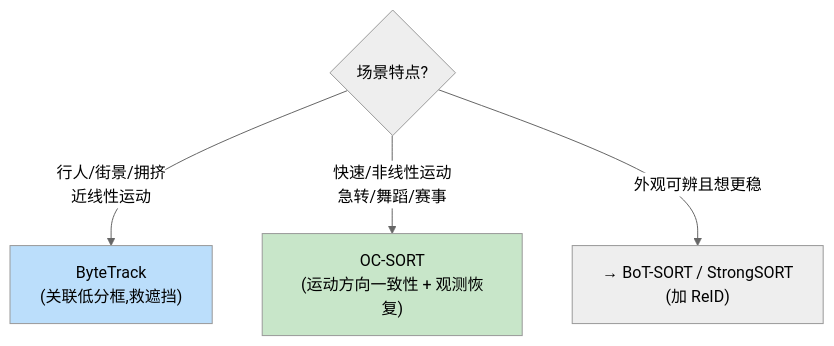
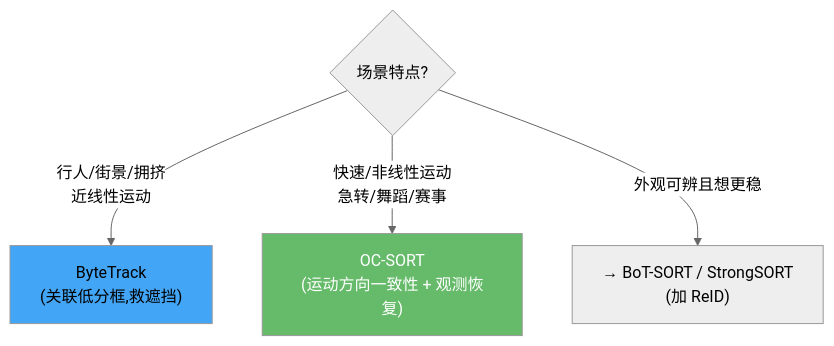
The fourth of 4 diagrams in docs/guides/tracking/ocsort.md (yyq19990828/onnxtools), drawn with Mermaid (neutral theme) before and after one commit. The commit also changed other lines of this file and 12 other files, not shown here.

First line of the commit message:
fix(docs): 修复 mermaid 暗色模式配色 + 语法报错 + 数学公式渲染

````diff
--- a/docs/guides/tracking/ocsort.md
+++ b/docs/guides/tracking/ocsort.md
@@ -152,9 +152,9 @@
 ```mermaid
 graph TD
     Q{"场景特点?"}
     Q -->|"行人/街景/拥挤<br/>近线性运动"| BT["ByteTrack<br/>(关联低分框,救遮挡)"]
     Q -->|"快速/非线性运动<br/>急转/舞蹈/赛事"| OC["OC-SORT<br/>(运动方向一致性 + 观测恢复)"]
     Q -->|"外观可辨且想更稳"| MORE["→ BoT-SORT / StrongSORT<br/>(加 ReID)"]
-    style BT fill:#bbdefb
-    style OC fill:#c8e6c9
+    style BT fill:#42a5f5
+    style OC fill:#66bb6a,color:#fff
 ```
````
